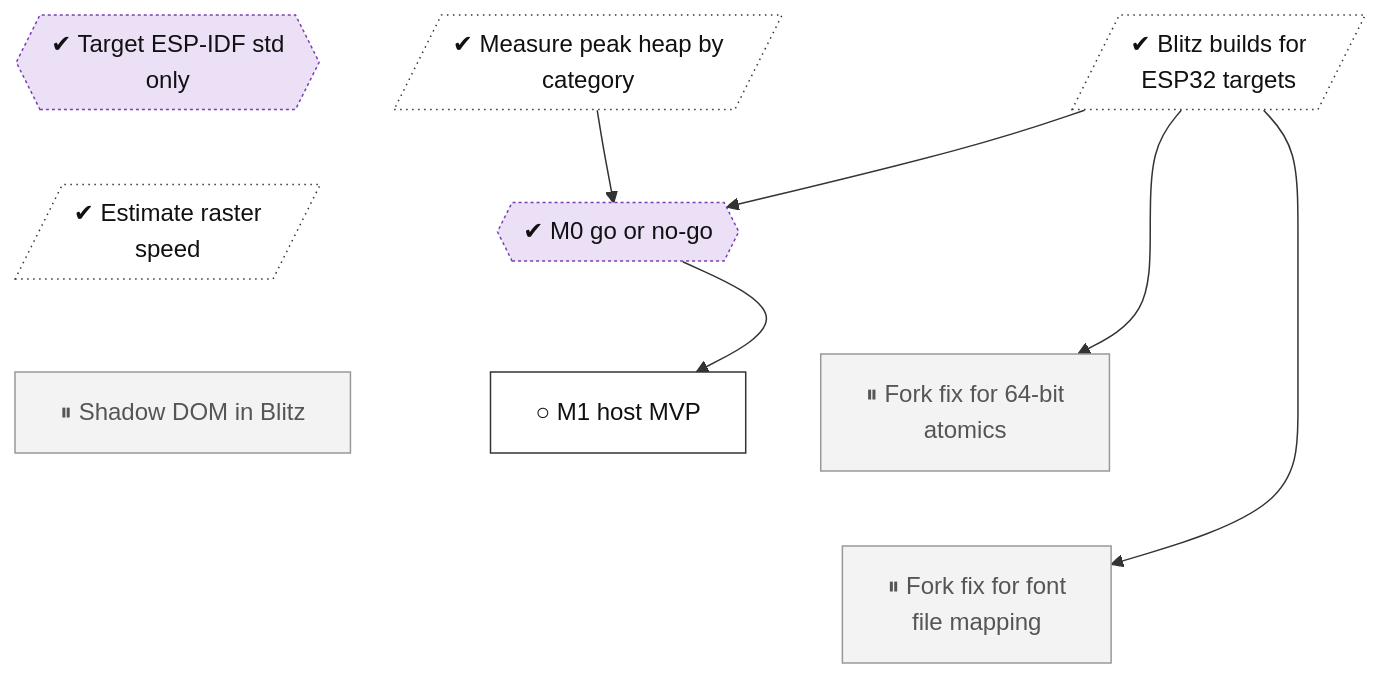
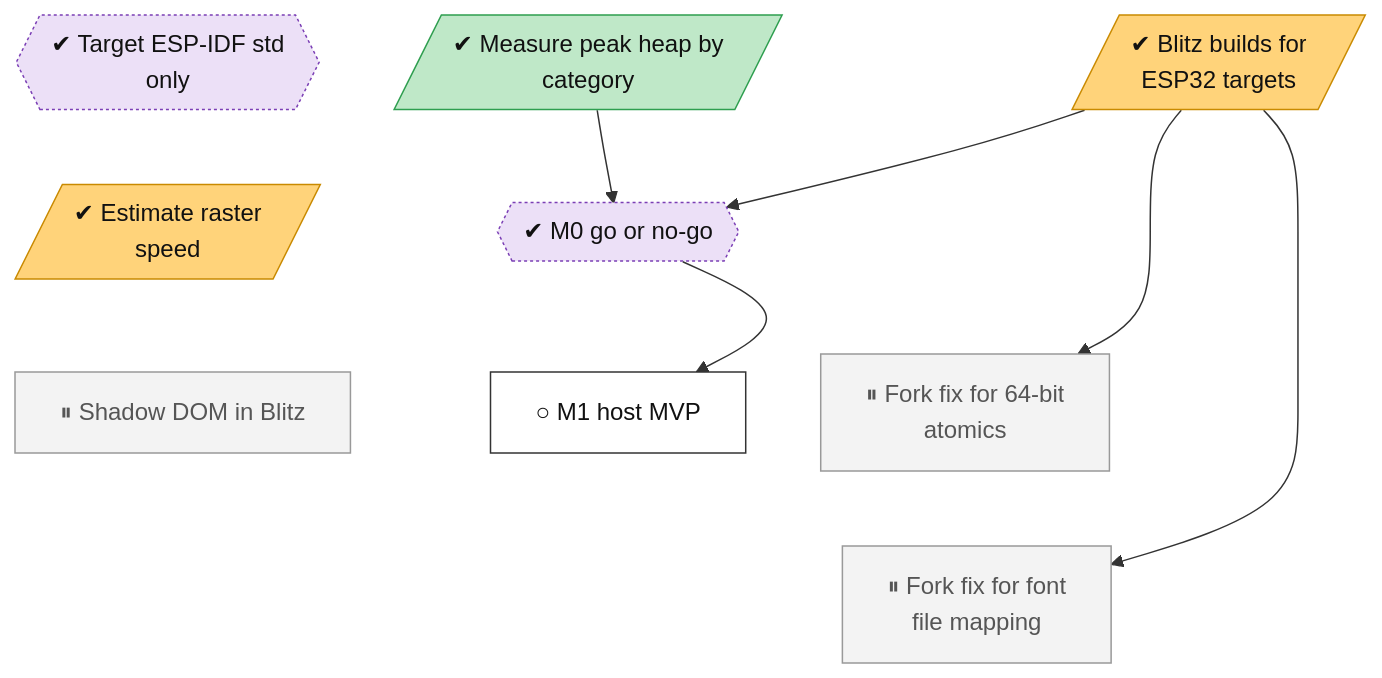
One commit to lhns/embedded-browser changed the diagram in docs/roadmap/tracks/eng.md. Above: the diagram before and after it, drawn with Mermaid. The commit also changed other lines of this file and 4 other files, not shown here.

Commit message:
Roadmap: owner-confirmed ratings for the M0 spikes

````diff
--- a/docs/roadmap/tracks/eng.md
+++ b/docs/roadmap/tracks/eng.md
@@ -10,44 +10,45 @@
 ```mermaid
 flowchart TB
     eng_std_only_esp_idf{{"✔ Target ESP-IDF std<br/>only"}}
     eng_blitz_builds_esp[/"✔ Blitz builds for<br/>ESP32 targets"/]
     eng_peak_heap[/"✔ Measure peak heap by<br/>category"/]
     eng_raster_estimate[/"✔ Estimate raster<br/>speed"/]
     eng_m0_go_no_go{{"✔ M0 go or no-go"}}
     eng_m1_host_mvp["○ M1 host MVP"]
     eng_shadow_dom_upstream["⏸ Shadow DOM in Blitz"]
     eng_fork_atomic_u64["⏸ Fork fix for 64-bit<br/>atomics"]
     eng_fork_memmap_shim["⏸ Fork fix for font<br/>file mapping"]
     eng_std_only_esp_idf ~~~ eng_raster_estimate
     eng_blitz_builds_esp ~~~ eng_m0_go_no_go
     eng_peak_heap ~~~ eng_m0_go_no_go
     eng_raster_estimate ~~~ eng_m1_host_mvp
     eng_m0_go_no_go ~~~ eng_shadow_dom_upstream
     eng_m0_go_no_go ~~~ eng_fork_atomic_u64
     eng_m1_host_mvp ~~~ eng_fork_memmap_shim
     eng_shadow_dom_upstream ~~~ eng_fork_memmap_shim
     eng_fork_atomic_u64 ~~~ eng_fork_memmap_shim
     eng_blitz_builds_esp --> eng_m0_go_no_go
     eng_peak_heap --> eng_m0_go_no_go
     eng_m0_go_no_go --> eng_m1_host_mvp
     eng_blitz_builds_esp --> eng_fork_atomic_u64
     eng_blitz_builds_esp --> eng_fork_memmap_shim
     classDef vsucc fill:#2e9e4f,stroke:#1b6b34,color:#fff
     classDef succ fill:#bfe8c8,stroke:#2e9e4f,color:#111
     classDef mixed fill:#ffd37a,stroke:#c98a00,color:#111
     classDef bad fill:#f28b82,stroke:#b3261e,color:#111
     classDef dead fill:#e6e6e6,stroke:#777,stroke-dasharray:5 5,color:#555
     classDef inprog fill:#a8cdf5,stroke:#1f6fc5,color:#111
     classDef next fill:#fff,stroke:#333,color:#111
     classDef blocked fill:#fff,stroke:#b3261e,stroke-dasharray:2 2,color:#111
     classDef parked fill:#f3f3f3,stroke:#999,color:#555
     classDef unrated fill:#fff,stroke:#333,stroke-dasharray:1 3,color:#111
     classDef gate fill:#d9c2f0,stroke:#7b3fb5,color:#111
     classDef decided fill:#ece0f7,stroke:#7b3fb5,stroke-dasharray:2 2,color:#111
     classDef finding fill:#ffe0b2,stroke:#d84315,stroke-width:2px,color:#111
     classDef waiting fill:#e3f2fd,stroke:#1f6fc5,stroke-dasharray:5 5,color:#111
     class eng_std_only_esp_idf,eng_m0_go_no_go decided
-    class eng_blitz_builds_esp,eng_peak_heap,eng_raster_estimate unrated
+    class eng_blitz_builds_esp,eng_raster_estimate mixed
+    class eng_peak_heap succ
     class eng_m1_host_mvp next
     class eng_shadow_dom_upstream,eng_fork_atomic_u64,eng_fork_memmap_shim parked
 ```
````
